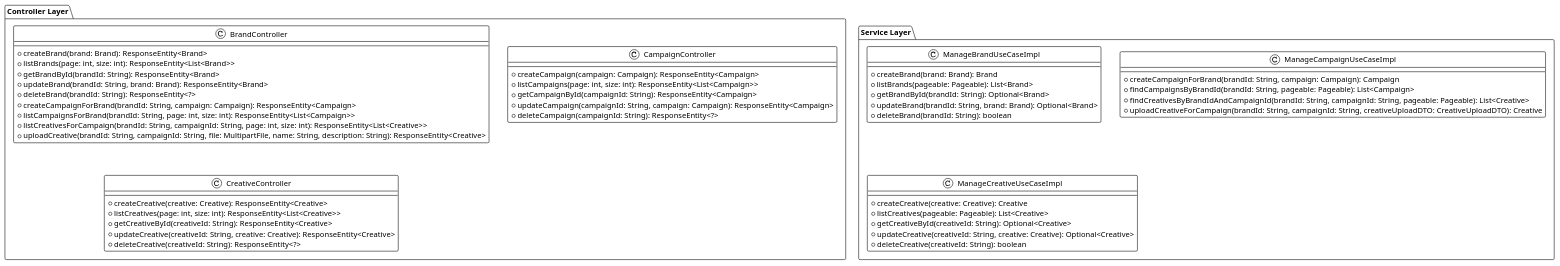
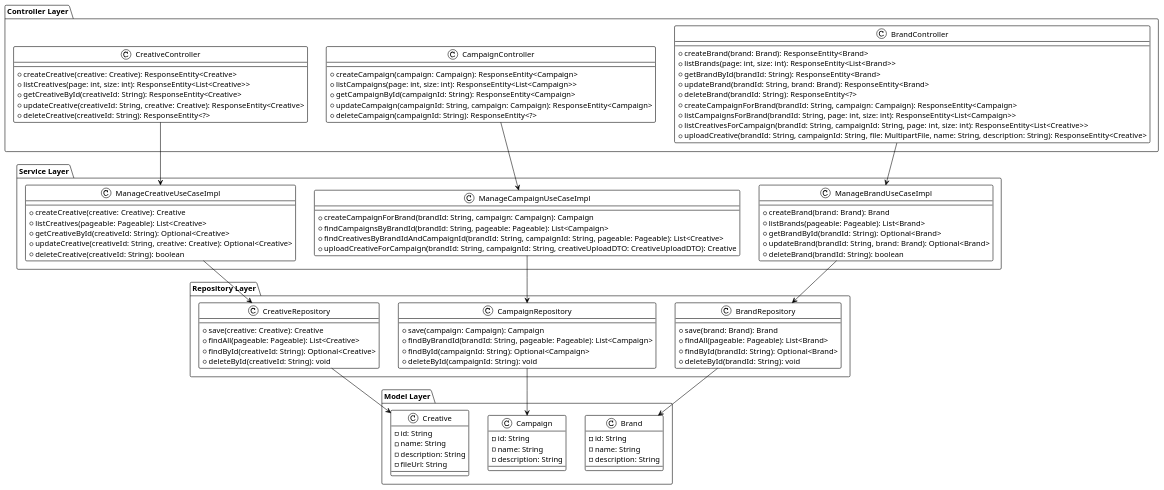
The diagram in docs/plantuml/ClassDIagram.puml (angelspitfire/spring-hexagonal-example), drawn with PlantUML before and after one commit. The commit also changed 2 other files, not shown here.

Commit message:
Fixes diagrams issues

```diff
--- a/docs/plantuml/ClassDIagram.puml
+++ b/docs/plantuml/ClassDIagram.puml
@@ -1,55 +1,107 @@
 @startuml
 !theme plain
 
 package "Controller Layer" {
     class BrandController {
         +createBrand(brand: Brand): ResponseEntity<Brand>
         +listBrands(page: int, size: int): ResponseEntity<List<Brand>>
         +getBrandById(brandId: String): ResponseEntity<Brand>
         +updateBrand(brandId: String, brand: Brand): ResponseEntity<Brand>
         +deleteBrand(brandId: String): ResponseEntity<?>
         +createCampaignForBrand(brandId: String, campaign: Campaign): ResponseEntity<Campaign>
         +listCampaignsForBrand(brandId: String, page: int, size: int): ResponseEntity<List<Campaign>>
         +listCreativesForCampaign(brandId: String, campaignId: String, page: int, size: int): ResponseEntity<List<Creative>>
         +uploadCreative(brandId: String, campaignId: String, file: MultipartFile, name: String, description: String): ResponseEntity<Creative>
     }
     class CampaignController {
         +createCampaign(campaign: Campaign): ResponseEntity<Campaign>
         +listCampaigns(page: int, size: int): ResponseEntity<List<Campaign>>
         +getCampaignById(campaignId: String): ResponseEntity<Campaign>
         +updateCampaign(campaignId: String, campaign: Campaign): ResponseEntity<Campaign>
         +deleteCampaign(campaignId: String): ResponseEntity<?>
     }
     class CreativeController {
         +createCreative(creative: Creative): ResponseEntity<Creative>
         +listCreatives(page: int, size: int): ResponseEntity<List<Creative>>
         +getCreativeById(creativeId: String): ResponseEntity<Creative>
         +updateCreative(creativeId: String, creative: Creative): ResponseEntity<Creative>
         +deleteCreative(creativeId: String): ResponseEntity<?>
     }
 }
 
 package "Service Layer" {
     class ManageBrandUseCaseImpl {
         +createBrand(brand: Brand): Brand
         +listBrands(pageable: Pageable): List<Brand>
         +getBrandById(brandId: String): Optional<Brand>
         +updateBrand(brandId: String, brand: Brand): Optional<Brand>
         +deleteBrand(brandId: String): boolean
     }
     class ManageCampaignUseCaseImpl {
         +createCampaignForBrand(brandId: String, campaign: Campaign): Campaign
         +findCampaignsByBrandId(brandId: String, pageable: Pageable): List<Campaign>
         +findCreativesByBrandIdAndCampaignId(brandId: String, campaignId: String, pageable: Pageable): List<Creative>
         +uploadCreativeForCampaign(brandId: String, campaignId: String, creativeUploadDTO: CreativeUploadDTO): Creative
     }
     class ManageCreativeUseCaseImpl {
         +createCreative(creative: Creative): Creative
         +listCreatives(pageable: Pageable): List<Creative>
         +getCreativeById(creativeId: String): Optional<Creative>
         +updateCreative(creativeId: String, creative: Creative): Optional<Creative>
         +deleteCreative(creativeId: String): boolean
     }
 }
 
+package "Repository Layer" {
+    class BrandRepository {
+        +save(brand: Brand): Brand
+        +findAll(pageable: Pageable): List<Brand>
+        +findById(brandId: String): Optional<Brand>
+        +deleteById(brandId: String): void
+    }
+    class CampaignRepository {
+        +save(campaign: Campaign): Campaign
+        +findByBrandId(brandId: String, pageable: Pageable): List<Campaign>
+        +findById(campaignId: String): Optional<Campaign>
+        +deleteById(campaignId: String): void
+    }
+    class CreativeRepository {
+        +save(creative: Creative): Creative
+        +findAll(pageable: Pageable): List<Creative>
+        +findById(creativeId: String): Optional<Creative>
+        +deleteById(creativeId: String): void
+    }
+}
+
+package "Model Layer" {
+    class Brand {
+        -id: String
+        -name: String
+        -description: String
+    }
+    class Campaign {
+        -id: String
+        -name: String
+        -description: String
+    }
+    class Creative {
+        -id: String
+        -name: String
+        -description: String
+        -fileUrl: String
+    }
+}
+
+BrandController --> ManageBrandUseCaseImpl
+CampaignController --> ManageCampaignUseCaseImpl
+CreativeController --> ManageCreativeUseCaseImpl
+
+ManageBrandUseCaseImpl --> BrandRepository
+ManageCampaignUseCaseImpl --> CampaignRepository
+ManageCreativeUseCaseImpl --> CreativeRepository
+
+BrandRepository --> Brand
+CampaignRepository --> Campaign
+CreativeRepository --> Creative
+
 @enduml
```
